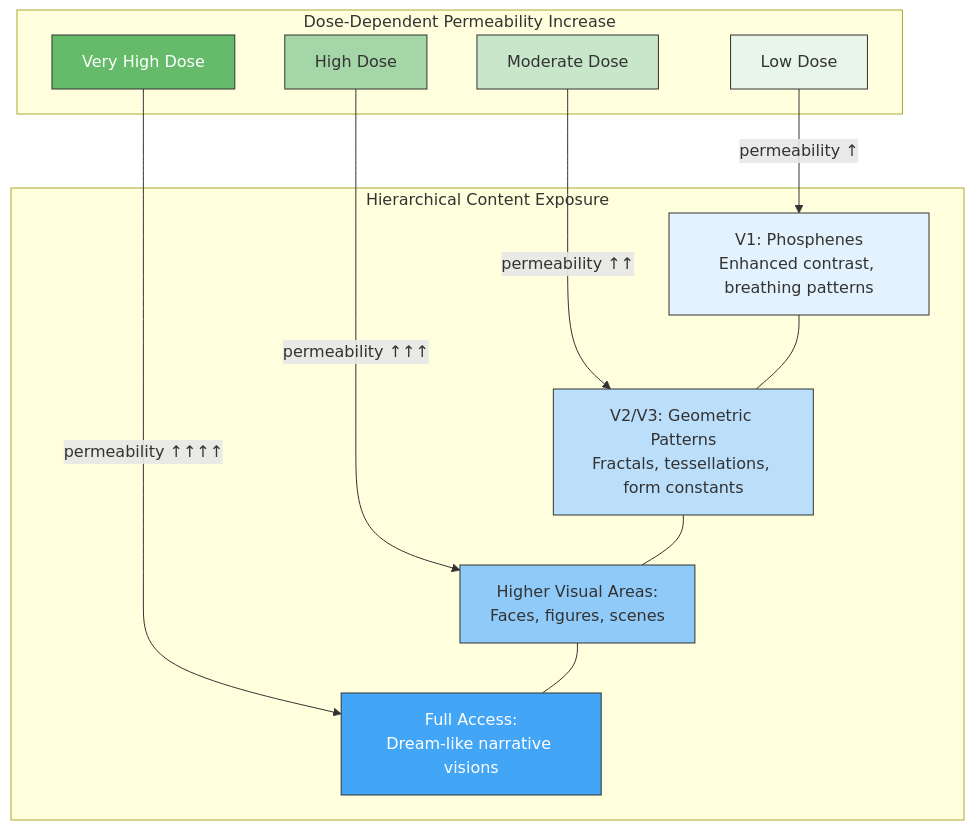
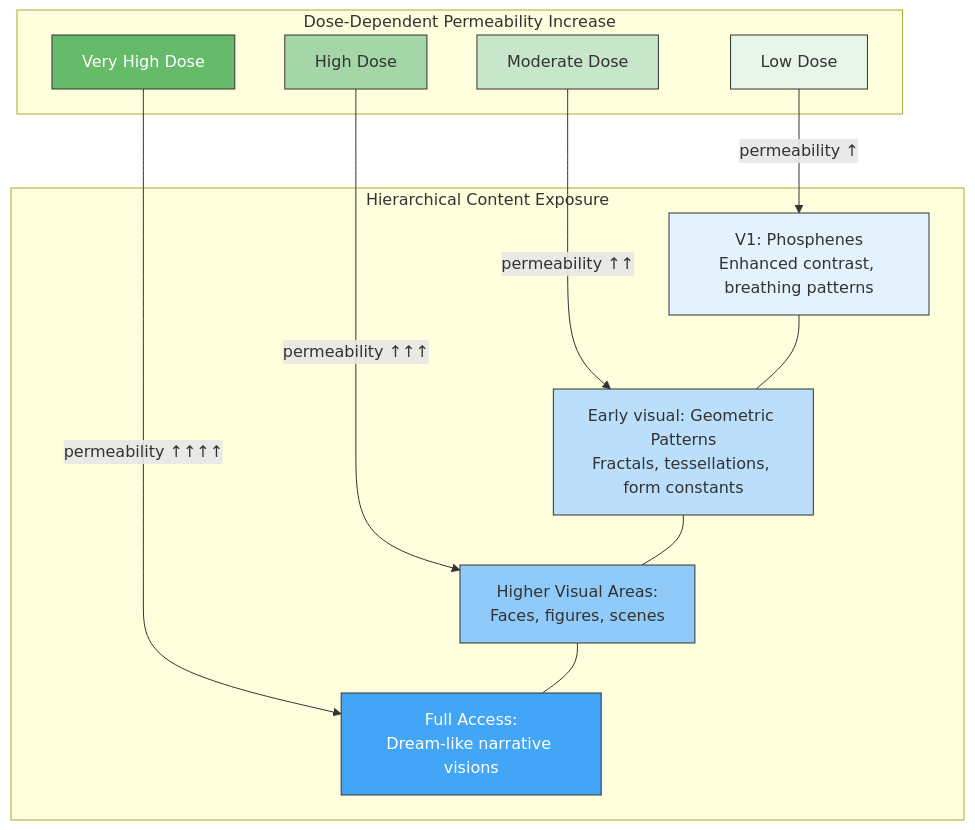
The diagram in wiki/phenomena/psychedelics.md (JeltzProstetnic/aIware), drawn with Mermaid before and after one commit. The commit also changed other lines of this file and 124 other files, not shown here.

````diff
--- a/wiki/phenomena/psychedelics.md
+++ b/wiki/phenomena/psychedelics.md
@@ -30,34 +30,34 @@
 ```mermaid
 graph TD
     subgraph "Dose-Dependent Permeability Increase"
         D1["Low Dose"]
         D2["Moderate Dose"]
         D3["High Dose"]
         D4["Very High Dose"]
     end
 
     subgraph "Hierarchical Content Exposure"
         V1["V1: Phosphenes\nEnhanced contrast, breathing patterns"]
-        V23["V2/V3: Geometric Patterns\nFractals, tessellations, form constants"]
+        V23["Early visual: Geometric Patterns\nFractals, tessellations, form constants"]
         HV["Higher Visual Areas:\nFaces, figures, scenes"]
         FULL["Full Access:\nDream-like narrative visions"]
     end
 
     D1 -->|"permeability ↑"| V1
     D2 -->|"permeability ↑↑"| V23
     D3 -->|"permeability ↑↑↑"| HV
     D4 -->|"permeability ↑↑↑↑"| FULL
 
     V1 --- V23
     V23 --- HV
     HV --- FULL
 
     style D1 fill:#E8F5E9,stroke:#333
     style D2 fill:#C8E6C9,stroke:#333
     style D3 fill:#A5D6A7,stroke:#333
     style D4 fill:#66BB6A,stroke:#333,color:#fff
     style V1 fill:#E3F2FD,stroke:#333
     style V23 fill:#BBDEFB,stroke:#333
     style HV fill:#90CAF9,stroke:#333
     style FULL fill:#42A5F5,stroke:#333,color:#fff
 ```
````
